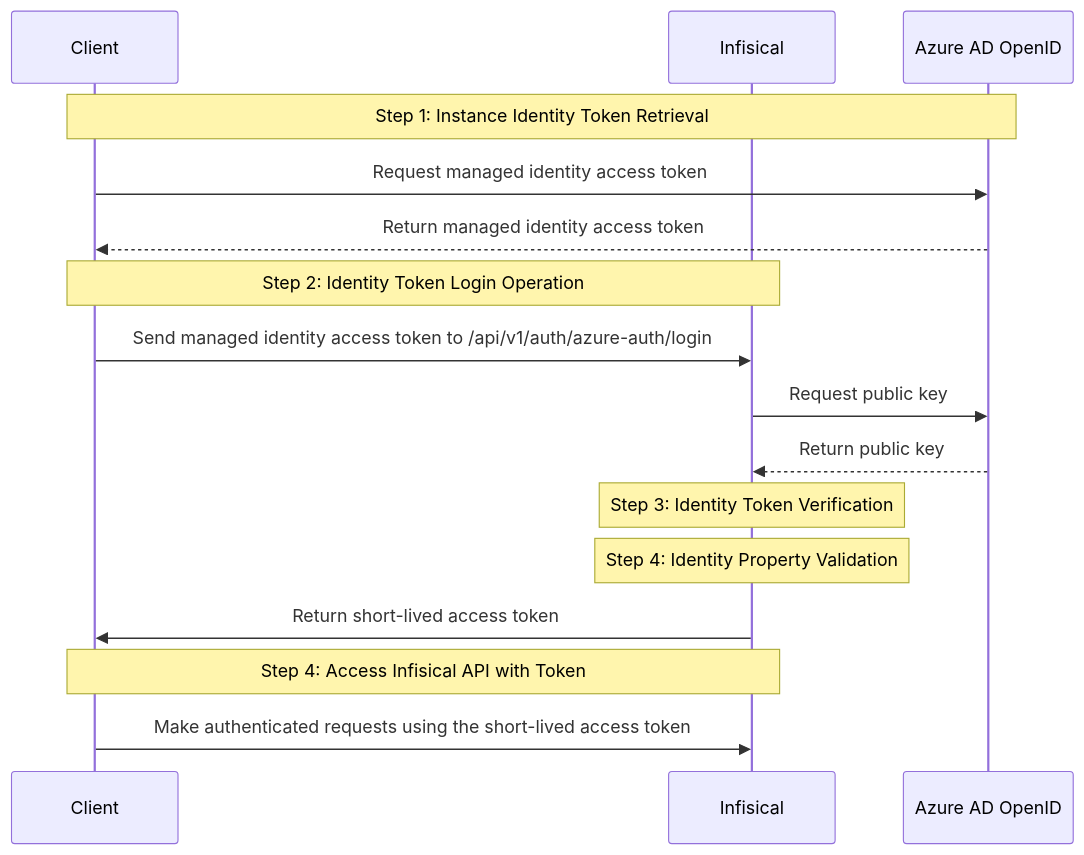
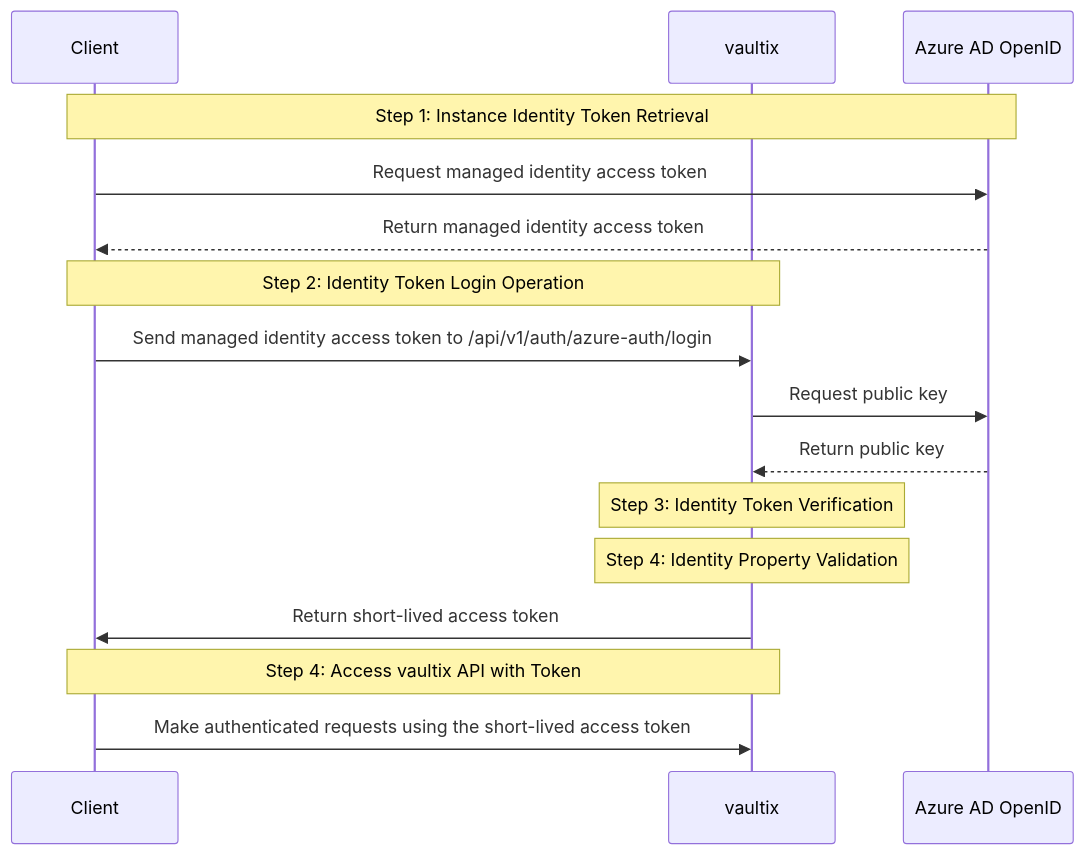
Before and after one commit to shippinAI/vaultix: the diagram in core/docs/documentation/platform/identities/azure-auth.mdx, drawn with Mermaid. The commit also changed other lines of this file and 1202 other files, not shown here.

````diff
--- a/core/docs/documentation/platform/identities/azure-auth.mdx
+++ b/core/docs/documentation/platform/identities/azure-auth.mdx
@@ -12,22 +12,22 @@
 ```mermaid
 sequenceDiagram
   participant Client as Client
-  participant Infis as Infisical
+  participant Infis as vaultix
   participant Azure as Azure AD OpenID
 
   Note over Client,Azure: Step 1: Instance Identity Token Retrieval
   Client->>Azure: Request managed identity access token
   Azure-->>Client: Return managed identity access token
 
   Note over Client,Infis: Step 2: Identity Token Login Operation
   Client->>Infis: Send managed identity access token to /api/v1/auth/azure-auth/login
   Infis->>Azure: Request public key
   Azure-->>Infis: Return public key
 
   Note over Infis: Step 3: Identity Token Verification
   Note over Infis: Step 4: Identity Property Validation
   Infis->>Client: Return short-lived access token
 
-  Note over Client,Infis: Step 4: Access Infisical API with Token
+  Note over Client,Infis: Step 4: Access vaultix API with Token
   Client->>Infis: Make authenticated requests using the short-lived access token
 ```
````
